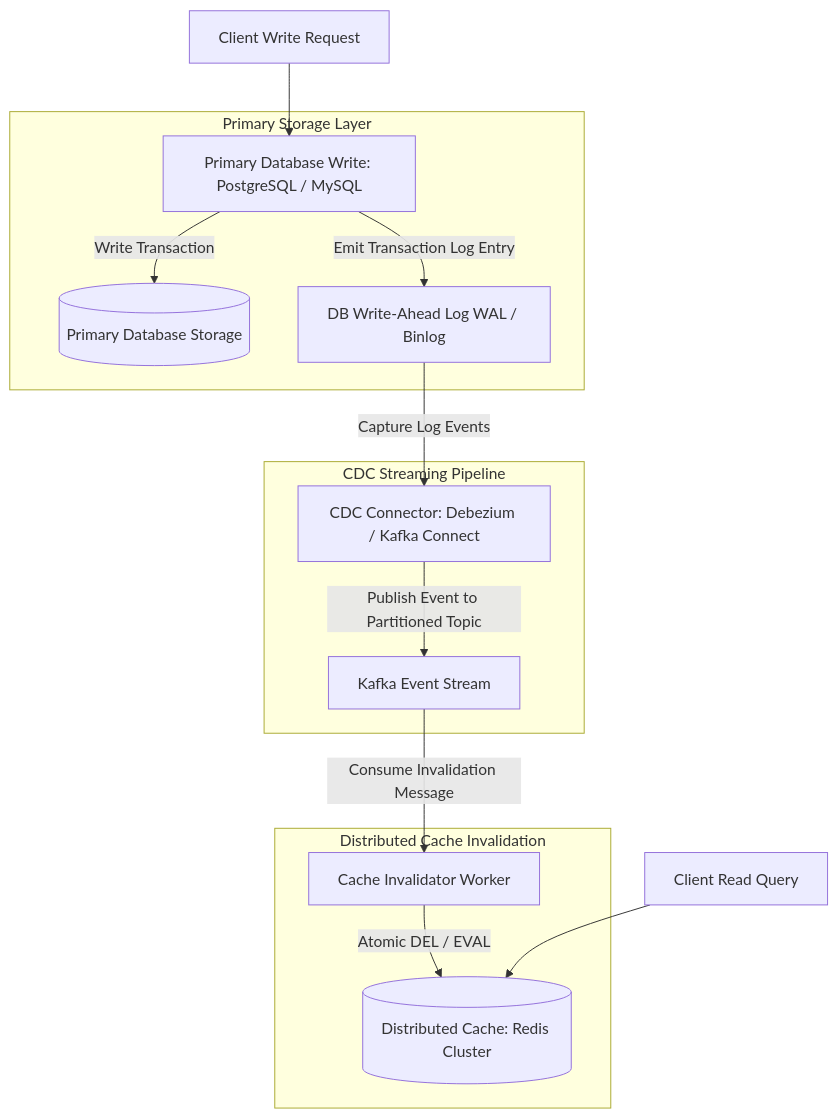
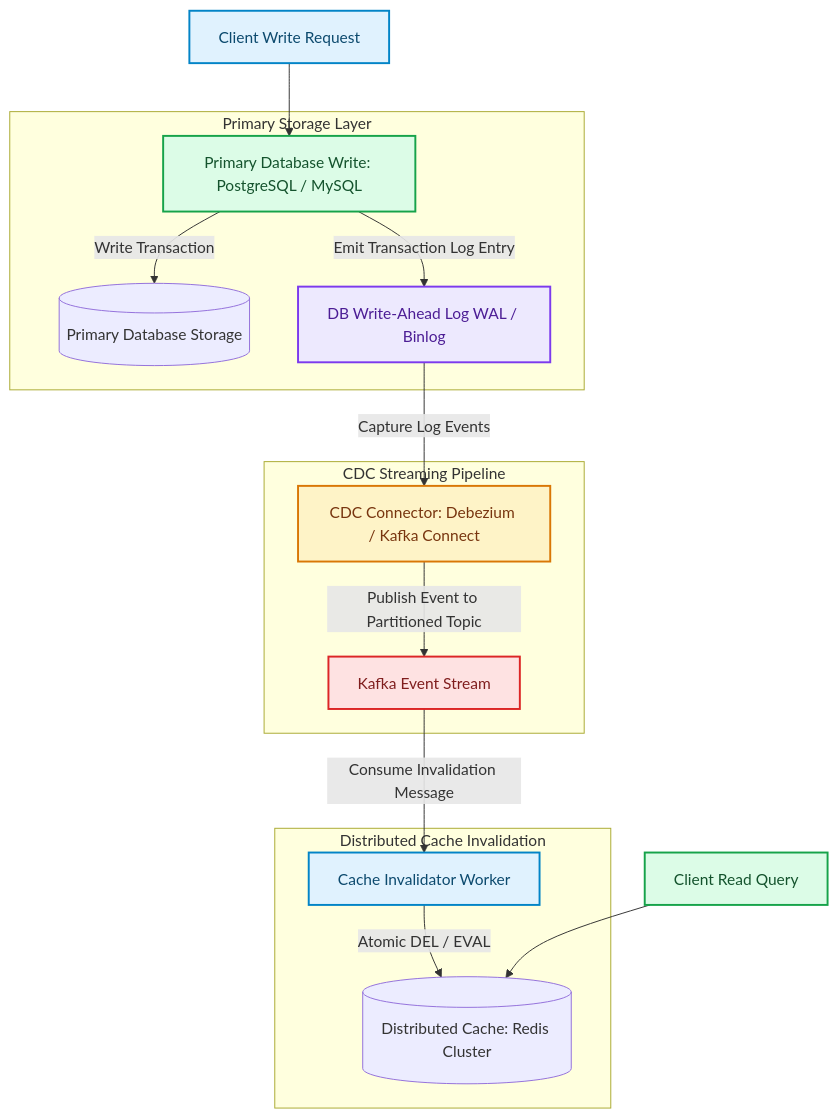
One commit to akmalkhaniub/akmalkhaniub.github.io changed the diagram in blog/posts/cache-invalidation-at-scale-two-hard-problems-distributed-systems.md. Above: the diagram before and after it, drawn with Mermaid. The commit also changed other lines of this file and 1291 other files, not shown here.

First line of the commit message:
feat(catalog): unique covers, scholarly references, and diagram palettes

````diff
--- a/blog/posts/cache-invalidation-at-scale-two-hard-problems-distributed-systems.md
+++ b/blog/posts/cache-invalidation-at-scale-two-hard-problems-distributed-systems.md
@@ -17,21 +17,32 @@
 ```mermaid
 flowchart TD
-  A[Client Write Request] --> B[Primary Database Write: PostgreSQL / MySQL]
+  A["Client Write Request"] --> B["Primary Database Write: PostgreSQL / MySQL"]
   
   subgraph SG1_PrimaryStorageLayer ["Primary Storage Layer"]
     B -->|Write Transaction| C[(Primary Database Storage)]
-    B -->|Emit Transaction Log Entry| D[DB Write-Ahead Log WAL / Binlog]
+    B -->|Emit Transaction Log Entry| D["DB Write-Ahead Log WAL / Binlog"]
   end
   
   subgraph SG2_CdcStreamingPipeline ["CDC Streaming Pipeline"]
-    D -->|Capture Log Events| E[CDC Connector: Debezium / Kafka Connect]
-    E -->|Publish Event to Partitioned Topic| F[Kafka Event Stream]
+    D -->|Capture Log Events| E["CDC Connector: Debezium / Kafka Connect"]
+    E -->|Publish Event to Partitioned Topic| F["Kafka Event Stream"]
   end
   
   subgraph SG3_DistributedCacheInvalidation ["Distributed Cache Invalidation"]
-    F -->|Consume Invalidation Message| G[Cache Invalidator Worker]
+    F -->|Consume Invalidation Message| G["Cache Invalidator Worker"]
     G -->|Atomic DEL / EVAL| H[(Distributed Cache: Redis Cluster)]
   end
   
-  I[Client Read Query] --> H
+  I["Client Read Query"] --> H
+
+classDef green fill:#dcfce7,stroke:#16a34a,stroke-width:2px,color:#14532d;
+classDef red fill:#fee2e2,stroke:#dc2626,stroke-width:2px,color:#7f1d1d;
+classDef blue fill:#e0f2fe,stroke:#0284c7,stroke-width:2px,color:#0c4a6e;
+classDef yellow fill:#fef3c7,stroke:#d97706,stroke-width:2px,color:#78350f;
+classDef purple fill:#ede9fe,stroke:#7c3aed,stroke-width:2px,color:#4c1d95;
+class A,G blue
+class B,I green
+class D purple
+class E yellow
+class F red
 ```
````
